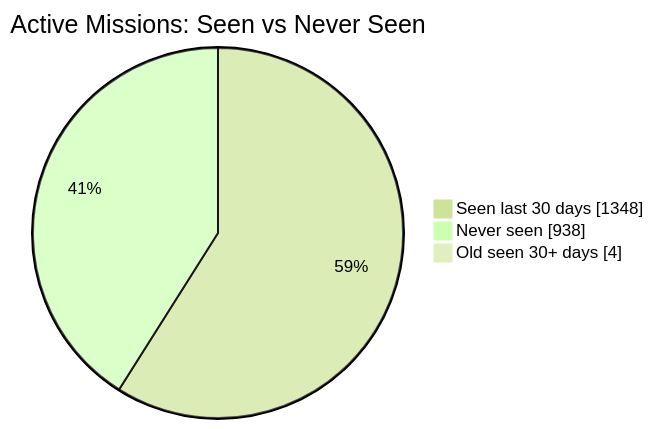
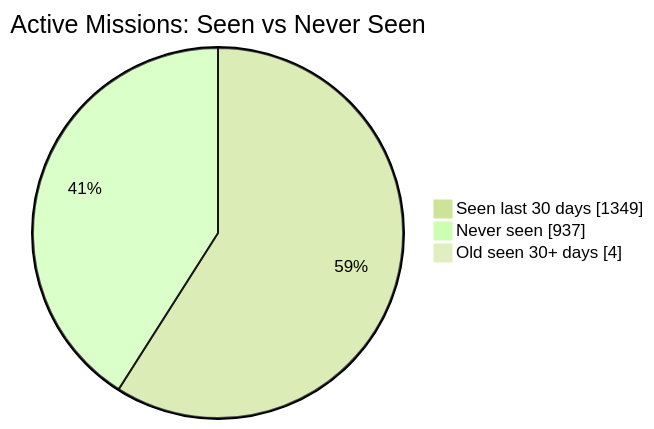
One commit to MeldkamerspelGameTeam/active-missions changed the first of 2 diagrams in README.md. Above: the diagram before and after it, drawn with Mermaid (forest theme). The commit also changed other lines of this file and 2 other files, not shown here.

````diff
--- a/README.md
+++ b/README.md
@@ -34,7 +34,7 @@
 ```mermaid
 pie showData
     title Active Missions: Seen vs Never Seen
-    "Seen last 30 days" : 1348
-    "Never seen" : 938
+    "Seen last 30 days" : 1349
+    "Never seen" : 937
     "Old seen 30+ days" : 4
 ```
````
